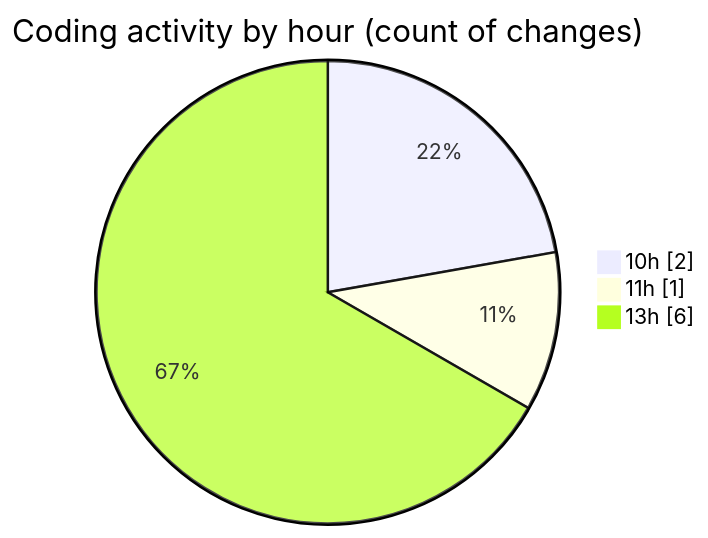
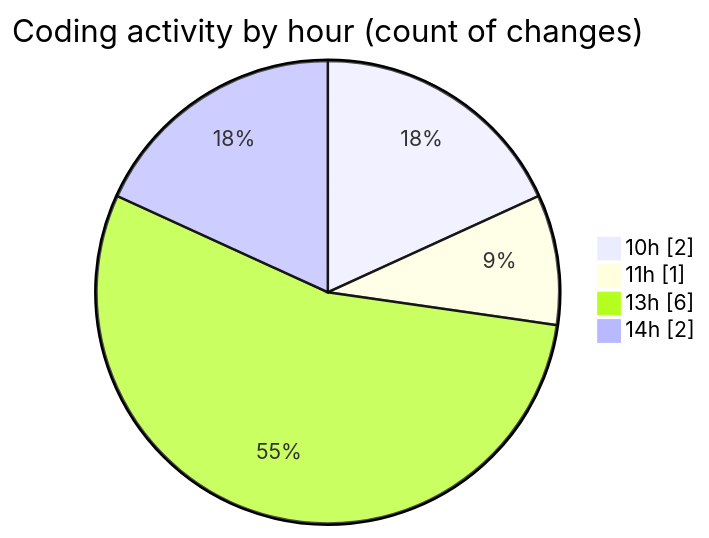
One commit to LanceThiago/code-tracking changed the second of 2 diagrams in 2025-04-14/web/README.md. Above: the diagram before and after it, drawn with Mermaid. The commit also changed other lines of this file and 1 other file, not shown here.

````diff
--- a/2025-04-14/web/README.md
+++ b/2025-04-14/web/README.md
@@ -29,7 +29,8 @@
 ```mermaid
 pie showData
 title Coding activity by hour (count of changes)
 "10h" : 2
 "11h" : 1
 "13h" : 6
+"14h" : 2
 ```
````
